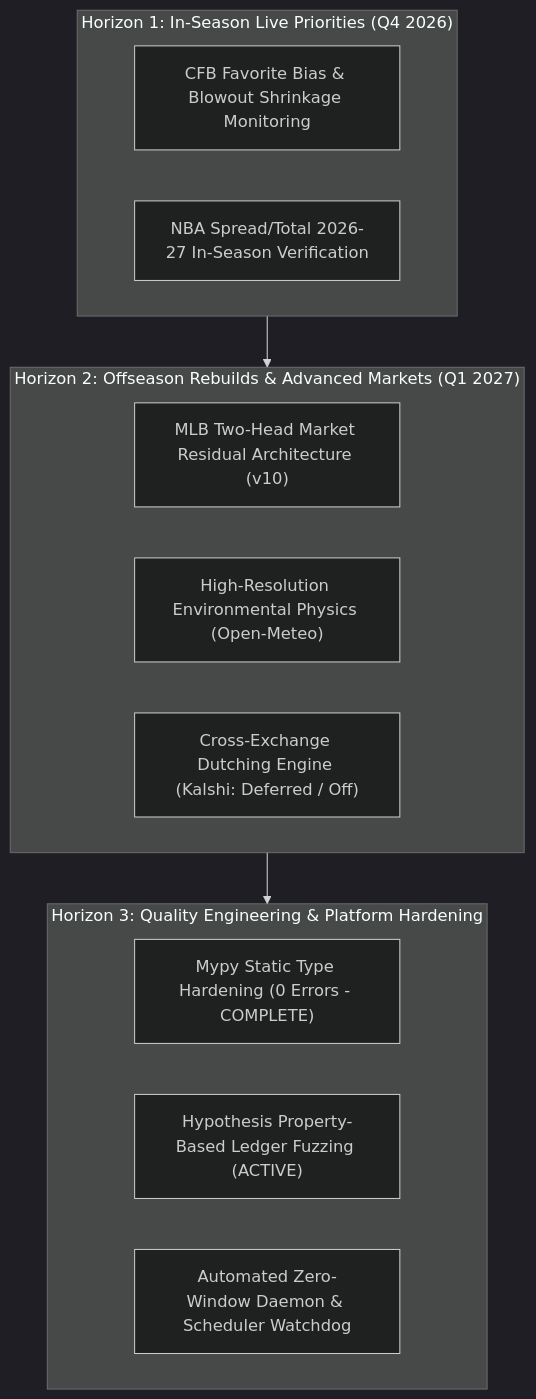
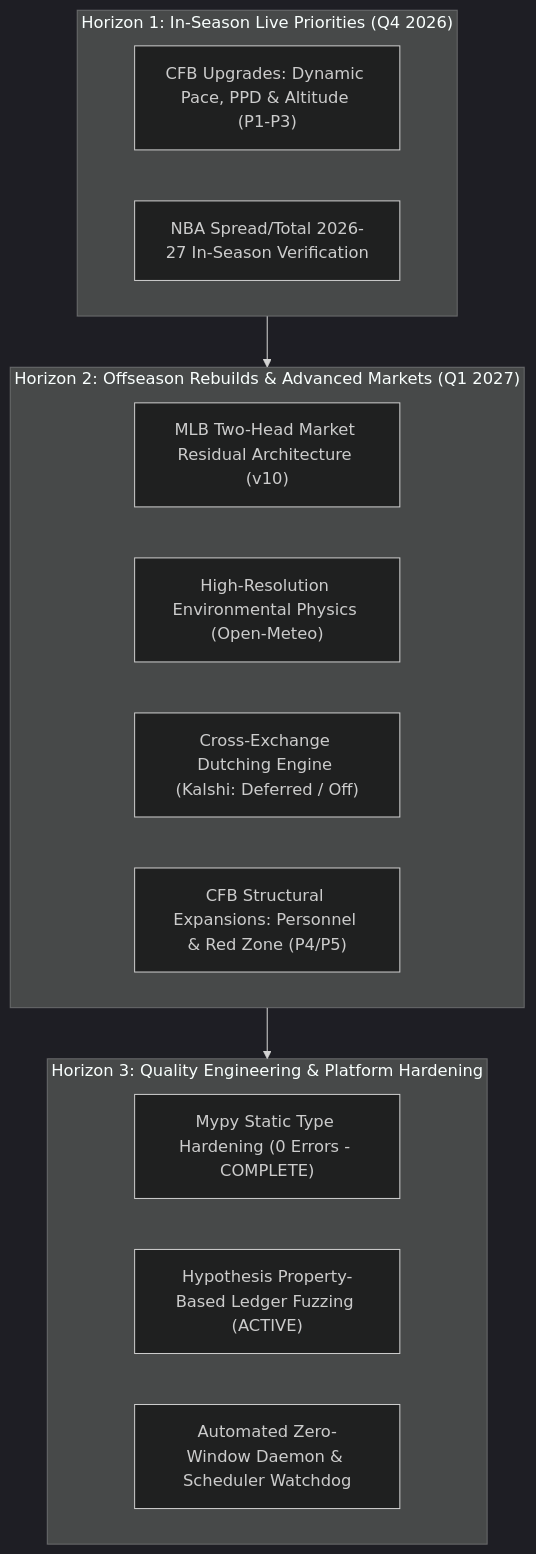
The diagram in docs/ROADMAP.md (Vc9002/model-prediction), drawn with Mermaid (dark theme) before and after one commit. The commit also changed other lines of this file and 65 other files, not shown here.

First line of the commit message:
feat: multi-sport mathematical fixes, production hockey wiring, and architecture hardening

````diff
--- a/docs/ROADMAP.md
+++ b/docs/ROADMAP.md
@@ -84,21 +84,22 @@
 ```mermaid
 flowchart TD
     subgraph H1["Horizon 1: In-Season Live Priorities (Q4 2026)"]
-        H1A["CFB Favorite Bias & Blowout Shrinkage Monitoring"]
+        H1A["CFB Upgrades: Dynamic Pace, PPD & Altitude (P1-P3)"]
         H1B["NBA Spread/Total 2026-27 In-Season Verification"]
     end
 
     subgraph H2["Horizon 2: Offseason Rebuilds & Advanced Markets (Q1 2027)"]
         H2A["MLB Two-Head Market Residual Architecture (v10)"]
         H2B["High-Resolution Environmental Physics (Open-Meteo)"]
         H2C["Cross-Exchange Dutching Engine (Kalshi: Deferred / Off)"]
+        H2D["CFB Structural Expansions: Personnel & Red Zone (P4/P5)"]
     end
 
     subgraph H3["Horizon 3: Quality Engineering & Platform Hardening"]
         H3A["Mypy Static Type Hardening (0 Errors - COMPLETE)"]
         H3B["Hypothesis Property-Based Ledger Fuzzing (ACTIVE)"]
         H3C["Automated Zero-Window Daemon & Scheduler Watchdog"]
     end
 
     H1 --> H2 --> H3
 ```
````
